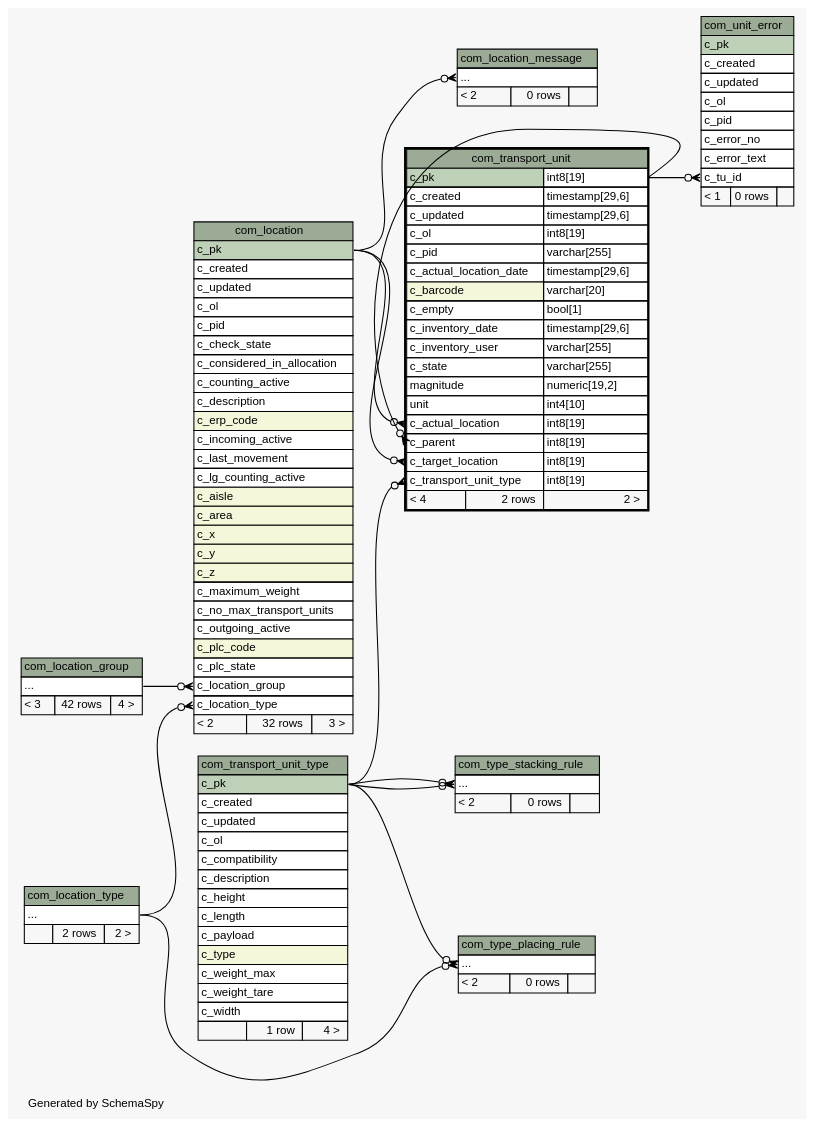
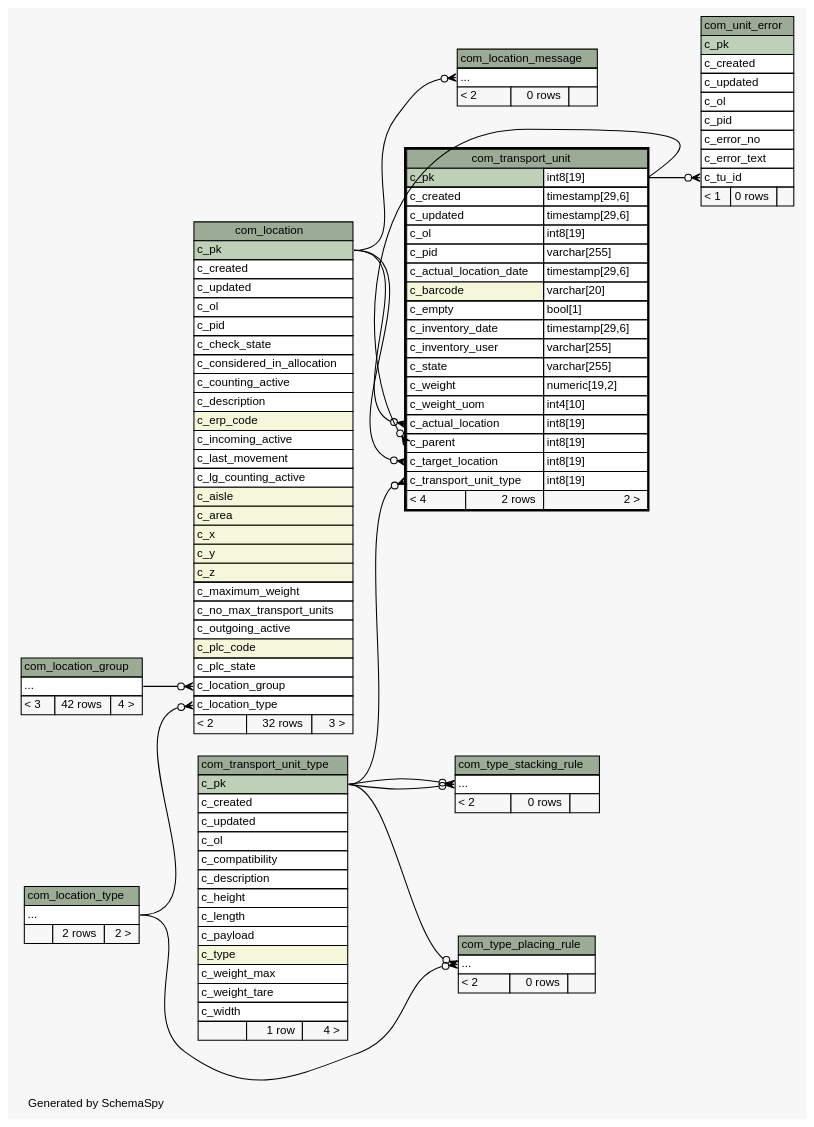
Before and after one commit to openwms/org.openwms.common.service.lib: the diagram in schemaspy/diagrams/com_transport_unit.2degrees.dot, drawn with Graphviz. The commit also changed 404 other files, not shown here.

```diff
--- a/schemaspy/diagrams/com_transport_unit.2degrees.dot
+++ b/schemaspy/diagrams/com_transport_unit.2degrees.dot
@@ -1,183 +1,183 @@
 // dot 2.36.0 on Linux 4.4.0-101-generic
 // SchemaSpy rev Unknown
 digraph "twoDegreesRelationshipsDiagram" {
   graph [
     rankdir="RL"
     bgcolor="#f7f7f7"
     label="\nGenerated by SchemaSpy"
     labeljust="l"
     nodesep="0.18"
     ranksep="0.46"
     fontname="Helvetica"
     fontsize="11"
   ];
   node [
     fontname="Helvetica"
     fontsize="11"
     shape="plaintext"
   ];
   edge [
     arrowsize="0.8"
   ];
   "com_location":"c_location_group":w -> "com_location_group":"elipses":e [arrowhead=none dir=back arrowtail=crowodot];
   "com_location":"c_location_type":w -> "com_location_type":"elipses":e [arrowhead=none dir=back arrowtail=crowodot];
   "com_location_message":"elipses":w -> "com_location":"c_pk":e [arrowhead=none dir=back arrowtail=crowodot];
   "com_transport_unit":"c_actual_location":w -> "com_location":"c_pk":e [arrowhead=none dir=back arrowtail=crowodot];
   "com_transport_unit":"c_parent":w -> "com_transport_unit":"c_pk.type":e [arrowhead=none dir=back arrowtail=crowodot];
   "com_transport_unit":"c_target_location":w -> "com_location":"c_pk":e [arrowhead=none dir=back arrowtail=crowodot];
   "com_transport_unit":"c_transport_unit_type":w -> "com_transport_unit_type":"c_pk":e [arrowhead=none dir=back arrowtail=crowodot];
   "com_type_placing_rule":"elipses":w -> "com_location_type":"elipses":e [arrowhead=none dir=back arrowtail=crowodot];
   "com_type_placing_rule":"elipses":w -> "com_transport_unit_type":"c_pk":e [arrowhead=none dir=back arrowtail=crowodot];
   "com_type_stacking_rule":"elipses":w -> "com_transport_unit_type":"c_pk":e [arrowhead=none dir=back arrowtail=crowodot];
   "com_type_stacking_rule":"elipses":w -> "com_transport_unit_type":"c_pk":e [arrowhead=none dir=back arrowtail=crowodot];
   "com_unit_error":"c_tu_id":w -> "com_transport_unit":"c_pk.type":e [arrowhead=none dir=back arrowtail=crowodot];
   "com_location" [
     label=<
     <TABLE BORDER="0" CELLBORDER="1" CELLSPACING="0" BGCOLOR="#ffffff">
       <TR><TD COLSPAN="3" BGCOLOR="#9bab96" ALIGN="CENTER">com_location</TD></TR>
       <TR><TD PORT="c_pk" COLSPAN="3" BGCOLOR="#bed1b8" ALIGN="LEFT">c_pk</TD></TR>
       <TR><TD PORT="c_created" COLSPAN="3" ALIGN="LEFT">c_created</TD></TR>
       <TR><TD PORT="c_updated" COLSPAN="3" ALIGN="LEFT">c_updated</TD></TR>
       <TR><TD PORT="c_ol" COLSPAN="3" ALIGN="LEFT">c_ol</TD></TR>
       <TR><TD PORT="c_pid" COLSPAN="3" ALIGN="LEFT">c_pid</TD></TR>
       <TR><TD PORT="c_check_state" COLSPAN="3" ALIGN="LEFT">c_check_state</TD></TR>
       <TR><TD PORT="c_considered_in_allocation" COLSPAN="3" ALIGN="LEFT">c_considered_in_allocation</TD></TR>
       <TR><TD PORT="c_counting_active" COLSPAN="3" ALIGN="LEFT">c_counting_active</TD></TR>
       <TR><TD PORT="c_description" COLSPAN="3" ALIGN="LEFT">c_description</TD></TR>
       <TR><TD PORT="c_erp_code" COLSPAN="3" BGCOLOR="#f4f7da" ALIGN="LEFT">c_erp_code</TD></TR>
       <TR><TD PORT="c_incoming_active" COLSPAN="3" ALIGN="LEFT">c_incoming_active</TD></TR>
       <TR><TD PORT="c_last_movement" COLSPAN="3" ALIGN="LEFT">c_last_movement</TD></TR>
       <TR><TD PORT="c_lg_counting_active" COLSPAN="3" ALIGN="LEFT">c_lg_counting_active</TD></TR>
       <TR><TD PORT="c_aisle" COLSPAN="3" BGCOLOR="#f4f7da" ALIGN="LEFT">c_aisle</TD></TR>
       <TR><TD PORT="c_area" COLSPAN="3" BGCOLOR="#f4f7da" ALIGN="LEFT">c_area</TD></TR>
       <TR><TD PORT="c_x" COLSPAN="3" BGCOLOR="#f4f7da" ALIGN="LEFT">c_x</TD></TR>
       <TR><TD PORT="c_y" COLSPAN="3" BGCOLOR="#f4f7da" ALIGN="LEFT">c_y</TD></TR>
       <TR><TD PORT="c_z" COLSPAN="3" BGCOLOR="#f4f7da" ALIGN="LEFT">c_z</TD></TR>
       <TR><TD PORT="c_maximum_weight" COLSPAN="3" ALIGN="LEFT">c_maximum_weight</TD></TR>
       <TR><TD PORT="c_no_max_transport_units" COLSPAN="3" ALIGN="LEFT">c_no_max_transport_units</TD></TR>
       <TR><TD PORT="c_outgoing_active" COLSPAN="3" ALIGN="LEFT">c_outgoing_active</TD></TR>
       <TR><TD PORT="c_plc_code" COLSPAN="3" BGCOLOR="#f4f7da" ALIGN="LEFT">c_plc_code</TD></TR>
       <TR><TD PORT="c_plc_state" COLSPAN="3" ALIGN="LEFT">c_plc_state</TD></TR>
       <TR><TD PORT="c_location_group" COLSPAN="3" ALIGN="LEFT">c_location_group</TD></TR>
       <TR><TD PORT="c_location_type" COLSPAN="3" ALIGN="LEFT">c_location_type</TD></TR>
       <TR><TD ALIGN="LEFT" BGCOLOR="#f7f7f7">&lt; 2</TD><TD ALIGN="RIGHT" BGCOLOR="#f7f7f7">32 rows</TD><TD ALIGN="RIGHT" BGCOLOR="#f7f7f7">3 &gt;</TD></TR>
     </TABLE>>
     URL="com_location.html"
     tooltip="com_location"
   ];
   "com_location_group" [
     label=<
     <TABLE BORDER="0" CELLBORDER="1" CELLSPACING="0" BGCOLOR="#ffffff">
       <TR><TD COLSPAN="3" BGCOLOR="#9bab96" ALIGN="CENTER">com_location_group</TD></TR>
       <TR><TD PORT="elipses" COLSPAN="3" ALIGN="LEFT">...</TD></TR>
       <TR><TD ALIGN="LEFT" BGCOLOR="#f7f7f7">&lt; 3</TD><TD ALIGN="RIGHT" BGCOLOR="#f7f7f7">42 rows</TD><TD ALIGN="RIGHT" BGCOLOR="#f7f7f7">4 &gt;</TD></TR>
     </TABLE>>
     URL="com_location_group.html"
     tooltip="com_location_group"
   ];
   "com_location_message" [
     label=<
     <TABLE BORDER="0" CELLBORDER="1" CELLSPACING="0" BGCOLOR="#ffffff">
       <TR><TD COLSPAN="3" BGCOLOR="#9bab96" ALIGN="CENTER">com_location_message</TD></TR>
       <TR><TD PORT="elipses" COLSPAN="3" ALIGN="LEFT">...</TD></TR>
       <TR><TD ALIGN="LEFT" BGCOLOR="#f7f7f7">&lt; 2</TD><TD ALIGN="RIGHT" BGCOLOR="#f7f7f7">0 rows</TD><TD ALIGN="RIGHT" BGCOLOR="#f7f7f7">  </TD></TR>
     </TABLE>>
     URL="com_location_message.html"
     tooltip="com_location_message"
   ];
   "com_location_type" [
     label=<
     <TABLE BORDER="0" CELLBORDER="1" CELLSPACING="0" BGCOLOR="#ffffff">
       <TR><TD COLSPAN="3" BGCOLOR="#9bab96" ALIGN="CENTER">com_location_type</TD></TR>
       <TR><TD PORT="elipses" COLSPAN="3" ALIGN="LEFT">...</TD></TR>
       <TR><TD ALIGN="LEFT" BGCOLOR="#f7f7f7">  </TD><TD ALIGN="RIGHT" BGCOLOR="#f7f7f7">2 rows</TD><TD ALIGN="RIGHT" BGCOLOR="#f7f7f7">2 &gt;</TD></TR>
     </TABLE>>
     URL="com_location_type.html"
     tooltip="com_location_type"
   ];
   "com_transport_unit" [
     label=<
     <TABLE BORDER="2" CELLBORDER="1" CELLSPACING="0" BGCOLOR="#ffffff">
       <TR><TD COLSPAN="3" BGCOLOR="#9bab96" ALIGN="CENTER">com_transport_unit</TD></TR>
       <TR><TD PORT="c_pk" COLSPAN="2" BGCOLOR="#bed1b8" ALIGN="LEFT">c_pk</TD><TD PORT="c_pk.type" ALIGN="LEFT">int8[19]</TD></TR>
       <TR><TD PORT="c_created" COLSPAN="2" ALIGN="LEFT">c_created</TD><TD PORT="c_created.type" ALIGN="LEFT">timestamp[29,6]</TD></TR>
       <TR><TD PORT="c_updated" COLSPAN="2" ALIGN="LEFT">c_updated</TD><TD PORT="c_updated.type" ALIGN="LEFT">timestamp[29,6]</TD></TR>
       <TR><TD PORT="c_ol" COLSPAN="2" ALIGN="LEFT">c_ol</TD><TD PORT="c_ol.type" ALIGN="LEFT">int8[19]</TD></TR>
       <TR><TD PORT="c_pid" COLSPAN="2" ALIGN="LEFT">c_pid</TD><TD PORT="c_pid.type" ALIGN="LEFT">varchar[255]</TD></TR>
       <TR><TD PORT="c_actual_location_date" COLSPAN="2" ALIGN="LEFT">c_actual_location_date</TD><TD PORT="c_actual_location_date.type" ALIGN="LEFT">timestamp[29,6]</TD></TR>
       <TR><TD PORT="c_barcode" COLSPAN="2" BGCOLOR="#f4f7da" ALIGN="LEFT">c_barcode</TD><TD PORT="c_barcode.type" ALIGN="LEFT">varchar[20]</TD></TR>
       <TR><TD PORT="c_empty" COLSPAN="2" ALIGN="LEFT">c_empty</TD><TD PORT="c_empty.type" ALIGN="LEFT">bool[1]</TD></TR>
       <TR><TD PORT="c_inventory_date" COLSPAN="2" ALIGN="LEFT">c_inventory_date</TD><TD PORT="c_inventory_date.type" ALIGN="LEFT">timestamp[29,6]</TD></TR>
       <TR><TD PORT="c_inventory_user" COLSPAN="2" ALIGN="LEFT">c_inventory_user</TD><TD PORT="c_inventory_user.type" ALIGN="LEFT">varchar[255]</TD></TR>
       <TR><TD PORT="c_state" COLSPAN="2" ALIGN="LEFT">c_state</TD><TD PORT="c_state.type" ALIGN="LEFT">varchar[255]</TD></TR>
-      <TR><TD PORT="magnitude" COLSPAN="2" ALIGN="LEFT">magnitude</TD><TD PORT="magnitude.type" ALIGN="LEFT">numeric[19,2]</TD></TR>
-      <TR><TD PORT="unit" COLSPAN="2" ALIGN="LEFT">unit</TD><TD PORT="unit.type" ALIGN="LEFT">int4[10]</TD></TR>
+      <TR><TD PORT="c_weight" COLSPAN="2" ALIGN="LEFT">c_weight</TD><TD PORT="c_weight.type" ALIGN="LEFT">numeric[19,2]</TD></TR>
+      <TR><TD PORT="c_weight_uom" COLSPAN="2" ALIGN="LEFT">c_weight_uom</TD><TD PORT="c_weight_uom.type" ALIGN="LEFT">int4[10]</TD></TR>
       <TR><TD PORT="c_actual_location" COLSPAN="2" ALIGN="LEFT">c_actual_location</TD><TD PORT="c_actual_location.type" ALIGN="LEFT">int8[19]</TD></TR>
       <TR><TD PORT="c_parent" COLSPAN="2" ALIGN="LEFT">c_parent</TD><TD PORT="c_parent.type" ALIGN="LEFT">int8[19]</TD></TR>
       <TR><TD PORT="c_target_location" COLSPAN="2" ALIGN="LEFT">c_target_location</TD><TD PORT="c_target_location.type" ALIGN="LEFT">int8[19]</TD></TR>
       <TR><TD PORT="c_transport_unit_type" COLSPAN="2" ALIGN="LEFT">c_transport_unit_type</TD><TD PORT="c_transport_unit_type.type" ALIGN="LEFT">int8[19]</TD></TR>
       <TR><TD ALIGN="LEFT" BGCOLOR="#f7f7f7">&lt; 4</TD><TD ALIGN="RIGHT" BGCOLOR="#f7f7f7">2 rows</TD><TD ALIGN="RIGHT" BGCOLOR="#f7f7f7">2 &gt;</TD></TR>
     </TABLE>>
     URL="com_transport_unit.html"
     tooltip="com_transport_unit"
   ];
   "com_transport_unit_type" [
     label=<
     <TABLE BORDER="0" CELLBORDER="1" CELLSPACING="0" BGCOLOR="#ffffff">
       <TR><TD COLSPAN="3" BGCOLOR="#9bab96" ALIGN="CENTER">com_transport_unit_type</TD></TR>
       <TR><TD PORT="c_pk" COLSPAN="3" BGCOLOR="#bed1b8" ALIGN="LEFT">c_pk</TD></TR>
       <TR><TD PORT="c_created" COLSPAN="3" ALIGN="LEFT">c_created</TD></TR>
       <TR><TD PORT="c_updated" COLSPAN="3" ALIGN="LEFT">c_updated</TD></TR>
       <TR><TD PORT="c_ol" COLSPAN="3" ALIGN="LEFT">c_ol</TD></TR>
       <TR><TD PORT="c_compatibility" COLSPAN="3" ALIGN="LEFT">c_compatibility</TD></TR>
       <TR><TD PORT="c_description" COLSPAN="3" ALIGN="LEFT">c_description</TD></TR>
       <TR><TD PORT="c_height" COLSPAN="3" ALIGN="LEFT">c_height</TD></TR>
       <TR><TD PORT="c_length" COLSPAN="3" ALIGN="LEFT">c_length</TD></TR>
       <TR><TD PORT="c_payload" COLSPAN="3" ALIGN="LEFT">c_payload</TD></TR>
       <TR><TD PORT="c_type" COLSPAN="3" BGCOLOR="#f4f7da" ALIGN="LEFT">c_type</TD></TR>
       <TR><TD PORT="c_weight_max" COLSPAN="3" ALIGN="LEFT">c_weight_max</TD></TR>
       <TR><TD PORT="c_weight_tare" COLSPAN="3" ALIGN="LEFT">c_weight_tare</TD></TR>
       <TR><TD PORT="c_width" COLSPAN="3" ALIGN="LEFT">c_width</TD></TR>
       <TR><TD ALIGN="LEFT" BGCOLOR="#f7f7f7">  </TD><TD ALIGN="RIGHT" BGCOLOR="#f7f7f7">1 row</TD><TD ALIGN="RIGHT" BGCOLOR="#f7f7f7">4 &gt;</TD></TR>
     </TABLE>>
     URL="com_transport_unit_type.html"
     tooltip="com_transport_unit_type"
   ];
   "com_type_placing_rule" [
     label=<
     <TABLE BORDER="0" CELLBORDER="1" CELLSPACING="0" BGCOLOR="#ffffff">
       <TR><TD COLSPAN="3" BGCOLOR="#9bab96" ALIGN="CENTER">com_type_placing_rule</TD></TR>
       <TR><TD PORT="elipses" COLSPAN="3" ALIGN="LEFT">...</TD></TR>
       <TR><TD ALIGN="LEFT" BGCOLOR="#f7f7f7">&lt; 2</TD><TD ALIGN="RIGHT" BGCOLOR="#f7f7f7">0 rows</TD><TD ALIGN="RIGHT" BGCOLOR="#f7f7f7">  </TD></TR>
     </TABLE>>
     URL="com_type_placing_rule.html"
     tooltip="com_type_placing_rule"
   ];
   "com_type_stacking_rule" [
     label=<
     <TABLE BORDER="0" CELLBORDER="1" CELLSPACING="0" BGCOLOR="#ffffff">
       <TR><TD COLSPAN="3" BGCOLOR="#9bab96" ALIGN="CENTER">com_type_stacking_rule</TD></TR>
       <TR><TD PORT="elipses" COLSPAN="3" ALIGN="LEFT">...</TD></TR>
       <TR><TD ALIGN="LEFT" BGCOLOR="#f7f7f7">&lt; 2</TD><TD ALIGN="RIGHT" BGCOLOR="#f7f7f7">0 rows</TD><TD ALIGN="RIGHT" BGCOLOR="#f7f7f7">  </TD></TR>
     </TABLE>>
     URL="com_type_stacking_rule.html"
     tooltip="com_type_stacking_rule"
   ];
   "com_unit_error" [
     label=<
     <TABLE BORDER="0" CELLBORDER="1" CELLSPACING="0" BGCOLOR="#ffffff">
       <TR><TD COLSPAN="3" BGCOLOR="#9bab96" ALIGN="CENTER">com_unit_error</TD></TR>
       <TR><TD PORT="c_pk" COLSPAN="3" BGCOLOR="#bed1b8" ALIGN="LEFT">c_pk</TD></TR>
       <TR><TD PORT="c_created" COLSPAN="3" ALIGN="LEFT">c_created</TD></TR>
       <TR><TD PORT="c_updated" COLSPAN="3" ALIGN="LEFT">c_updated</TD></TR>
       <TR><TD PORT="c_ol" COLSPAN="3" ALIGN="LEFT">c_ol</TD></TR>
       <TR><TD PORT="c_pid" COLSPAN="3" ALIGN="LEFT">c_pid</TD></TR>
       <TR><TD PORT="c_error_no" COLSPAN="3" ALIGN="LEFT">c_error_no</TD></TR>
       <TR><TD PORT="c_error_text" COLSPAN="3" ALIGN="LEFT">c_error_text</TD></TR>
       <TR><TD PORT="c_tu_id" COLSPAN="3" ALIGN="LEFT">c_tu_id</TD></TR>
       <TR><TD ALIGN="LEFT" BGCOLOR="#f7f7f7">&lt; 1</TD><TD ALIGN="RIGHT" BGCOLOR="#f7f7f7">0 rows</TD><TD ALIGN="RIGHT" BGCOLOR="#f7f7f7">  </TD></TR>
     </TABLE>>
     URL="com_unit_error.html"
     tooltip="com_unit_error"
   ];
 }
```
